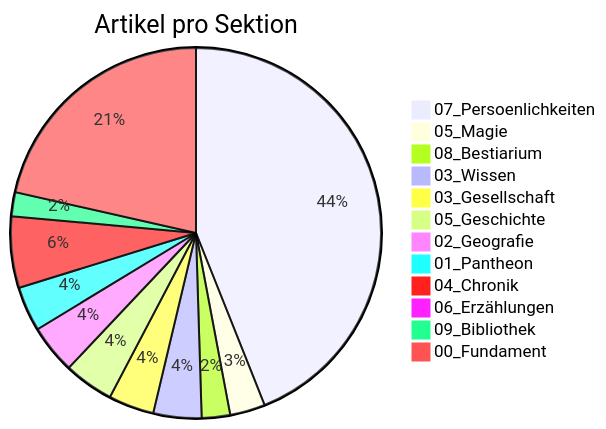
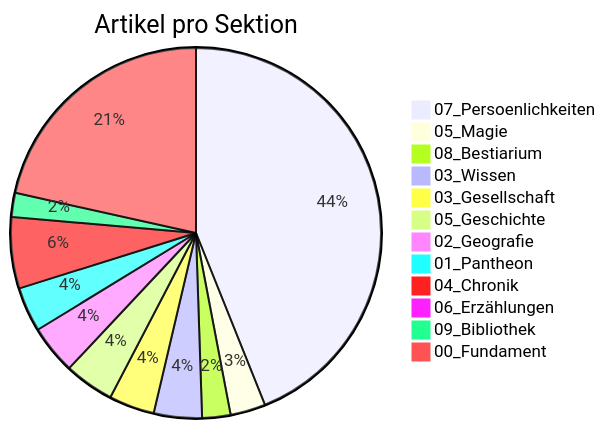
One commit to Siebenwind/7w_wiki changed the diagram in docs/Siebenwind_Wiki/10_Archiv/Wiki_Statistiken.md. Above: the diagram before and after it, drawn with Mermaid. The commit also changed other lines of this file and 147 other files, not shown here.

````diff
--- a/docs/Siebenwind_Wiki/10_Archiv/Wiki_Statistiken.md
+++ b/docs/Siebenwind_Wiki/10_Archiv/Wiki_Statistiken.md
@@ -40,15 +39,15 @@
 ```mermaid
 pie title Artikel pro Sektion
     "07_Persoenlichkeiten" : 586
     "05_Magie" : 41
     "08_Bestiarium" : 33
     "03_Wissen" : 56
     "03_Gesellschaft" : 53
     "05_Geschichte" : 58
     "02_Geografie" : 57
     "01_Pantheon" : 52
     "04_Chronik" : 83
     "06_Erzählungen" : 13
     "09_Bibliothek" : 28
-    "00_Fundament" : 286
+    "00_Fundament" : 287
 ```
````
